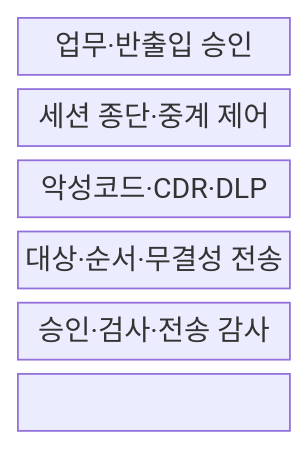
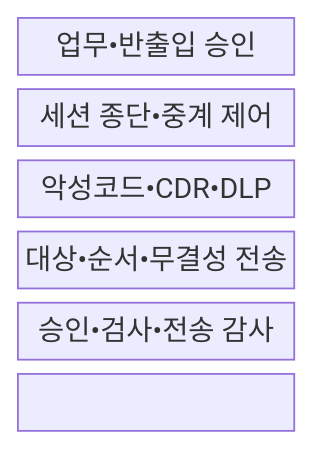
One commit to agnusdei1207/knowledge-base changed the first of 2 diagrams in src/content/docs/notes/05-security/140_network_separation_bridging.md. Above: the diagram before and after it, drawn with Mermaid. The commit also changed other lines of this file and 953 other files, not shown here.

````diff
--- a/src/content/docs/notes/05-security/140_network_separation_bridging.md
+++ b/src/content/docs/notes/05-security/140_network_separation_bridging.md
@@ -65,11 +65,11 @@
 ```mermaid
 block-beta
   columns 1
-  A["업무·반출입 승인"]
-  P["세션 종단·중계 제어"]
-  C["악성코드·CDR·DLP"]
-  I["대상·순서·무결성 전송"]
-  L["승인·검사·전송 감사"]
+  A["업무•반출입 승인"]
+  P["세션 종단•중계 제어"]
+  C["악성코드•CDR•DLP"]
+  I["대상•순서•무결성 전송"]
+  L["승인•검사•전송 감사"]
   A --- P --- C
   C --- I --- L
 ```
````
